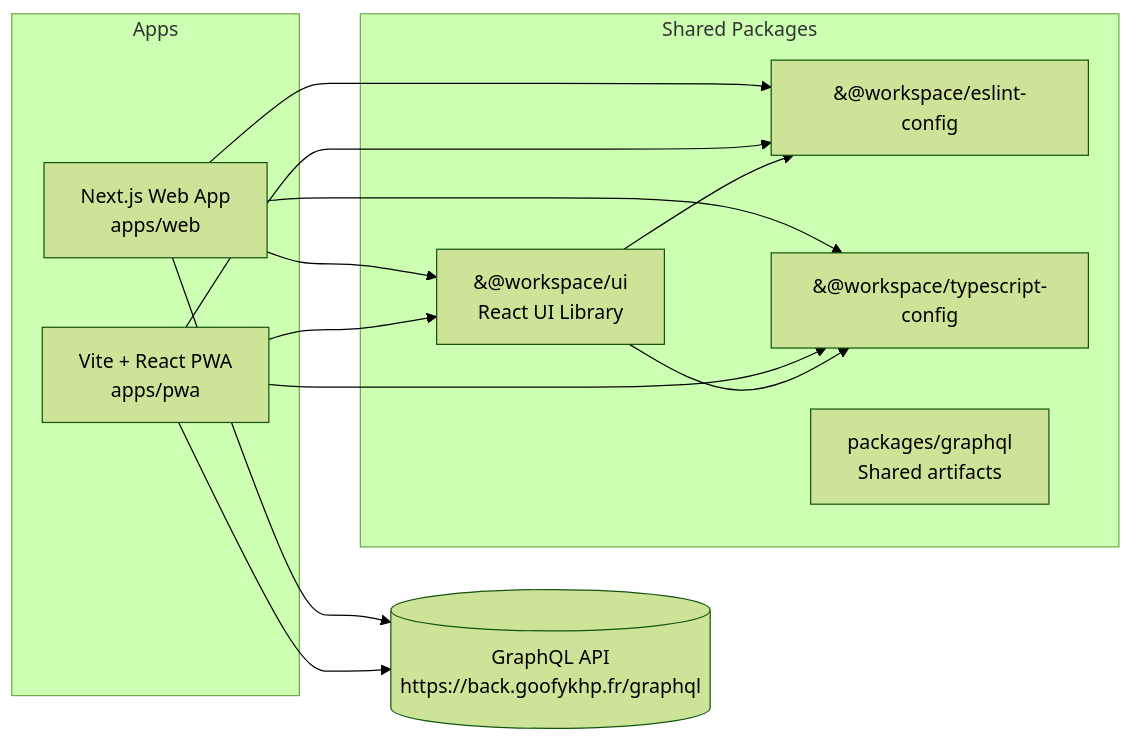
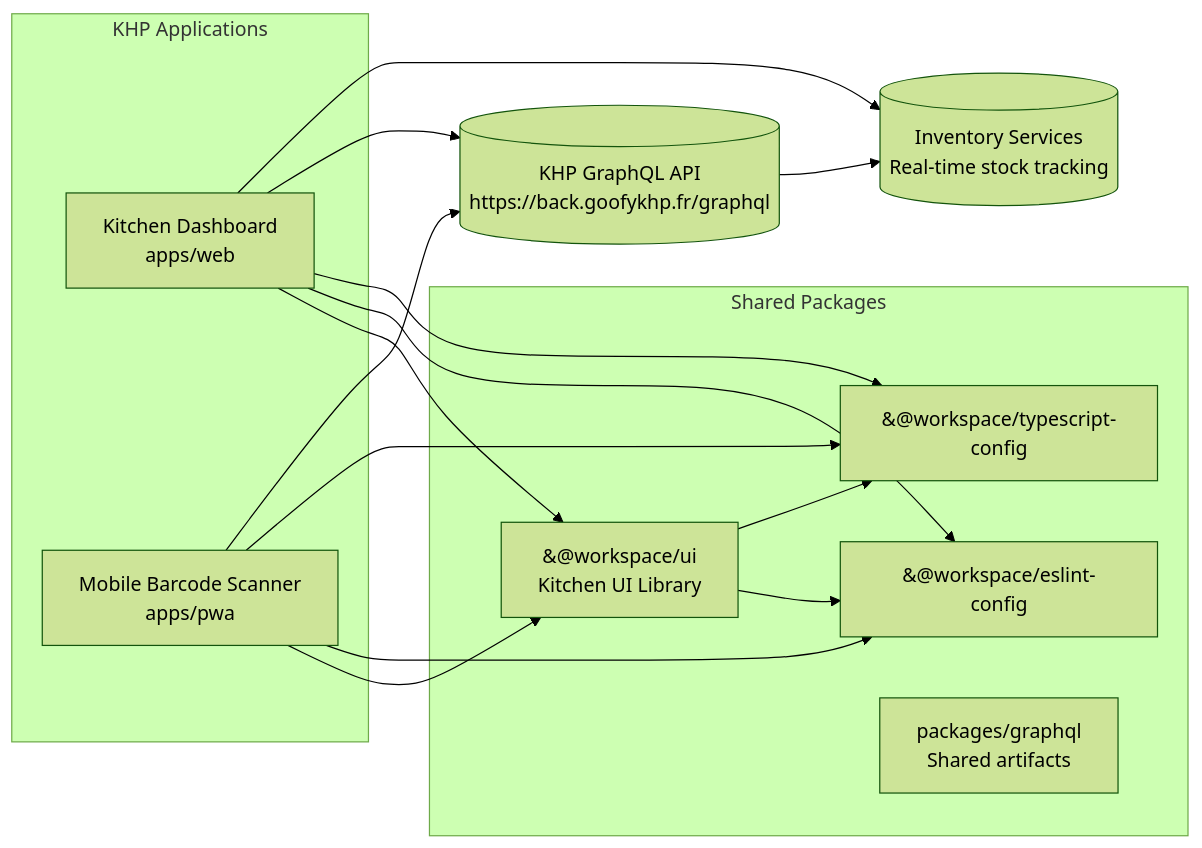
One commit to GoofyTeam/KHP-front changed the first of 3 diagrams in README.md. Above: the diagram before and after it, drawn with Mermaid (forest theme). The commit also changed other lines of this file and 1 other file, not shown here.

Commit message:
[KHP-123] chore(global): refresh kitchen platform messaging

````diff
--- a/README.md
+++ b/README.md
@@ -18,27 +18,30 @@
 ```mermaid
 flowchart LR
-  subgraph Apps
-    Web[Next.js Web App<br/>apps/web]
-    PWA[Vite + React PWA<br/>apps/pwa]
+  subgraph "KHP Applications"
+    Web[Kitchen Dashboard<br/>apps/web]
+    PWA[Mobile Barcode Scanner<br/>apps/pwa]
   end
 
   subgraph Shared Packages
-    UI[&#64;workspace/ui<br/>React UI Library]
+    UI[&#64;workspace/ui<br/>Kitchen UI Library]
     ESLint[&#64;workspace/eslint-config]
     TS[&#64;workspace/typescript-config]
     GQL[packages/graphql<br/>Shared artifacts]
   end
 
-  Backend[(GraphQL API<br/>https://back.goofykhp.fr/graphql)]
+  Backend[(KHP GraphQL API<br/>https://back.goofykhp.fr/graphql)]
+  InventoryDB[(Inventory Services<br/>Real-time stock tracking)]
 
   Web --> UI
   Web --> ESLint
   Web --> TS
   PWA --> UI
   PWA --> ESLint
   PWA --> TS
   UI --> ESLint
   UI --> TS
   Web --> Backend
   PWA --> Backend
+  Backend --> InventoryDB
+  Web --> InventoryDB
 ```
````
